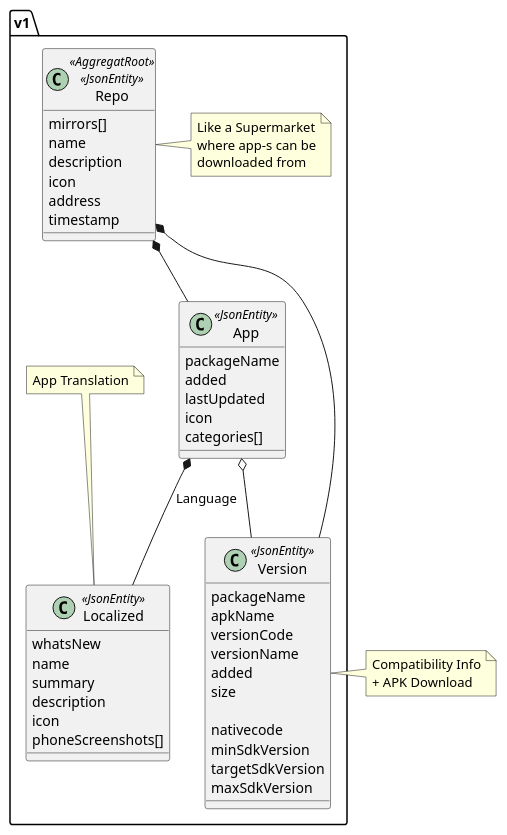
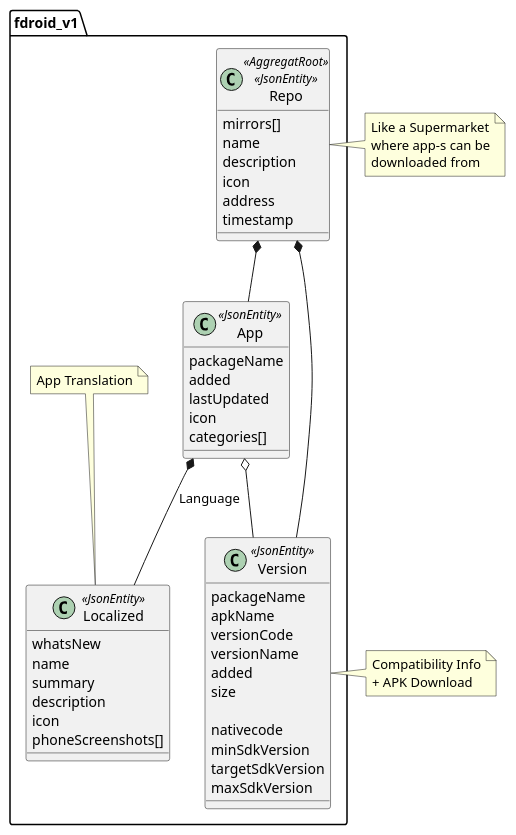
Before and after one commit to k3b/F-Droid-Universal-Catalog: the diagram in app/fdroid-v1/v1-domain.puml, drawn with PlantUML. The commit also changed 300 other files, not shown here.

```diff
--- a/app/fdroid-v1/v1-domain.puml
+++ b/app/fdroid-v1/v1-domain.puml
@@ -1,53 +1,53 @@
 @startuml
-note "Like a Supermarket\nwhere app-s can be\ndownloaded from" as v1.NoteRepo
-class v1.Repo <<AggregatRoot>><<JsonEntity>> {
+note "Like a Supermarket\nwhere app-s can be\ndownloaded from" as NoteRepo
+class fdroid_v1.Repo <<AggregatRoot>><<JsonEntity>> {
   mirrors[]
   name
   description
   icon
   address
   timestamp
 }
-class v1.App <<JsonEntity>> {
+class fdroid_v1.App <<JsonEntity>> {
   packageName
   added
   lastUpdated
   icon
   categories[]
 }
 
 note "Compatibility Info\n+ APK Download" as NoteVersion
-class v1.Version <<JsonEntity>> {
+class fdroid_v1.Version <<JsonEntity>> {
   packageName
   apkName
   versionCode
   versionName
   added
   size
 
   nativecode
   minSdkVersion
   targetSdkVersion
   maxSdkVersion
 }
 
-note "App Translation" as v1.NoteLocalized
-class v1.Localized <<JsonEntity>> {
+note "App Translation" as fdroid_v1.NoteLocalized
+class fdroid_v1.Localized <<JsonEntity>> {
   whatsNew
   name
   summary
   description
   icon
   phoneScreenshots[]
 
 }
 
-v1.Repo *-- v1.App
-v1.App *-- v1.Localized : Language
-v1.Repo *-- v1.Version
-v1.App o-- v1.Version
+fdroid_v1.Repo *-- fdroid_v1.App
+fdroid_v1.App *-- fdroid_v1.Localized : Language
+fdroid_v1.Repo *-- fdroid_v1.Version
+fdroid_v1.App o-- fdroid_v1.Version
 
-v1.Repo . v1.NoteRepo
-v1.NoteLocalized .. v1.Localized
-v1.Version - NoteVersion
+fdroid_v1.Repo . NoteRepo
+fdroid_v1.NoteLocalized .. fdroid_v1.Localized
+fdroid_v1.Version - NoteVersion
 @enduml
```
